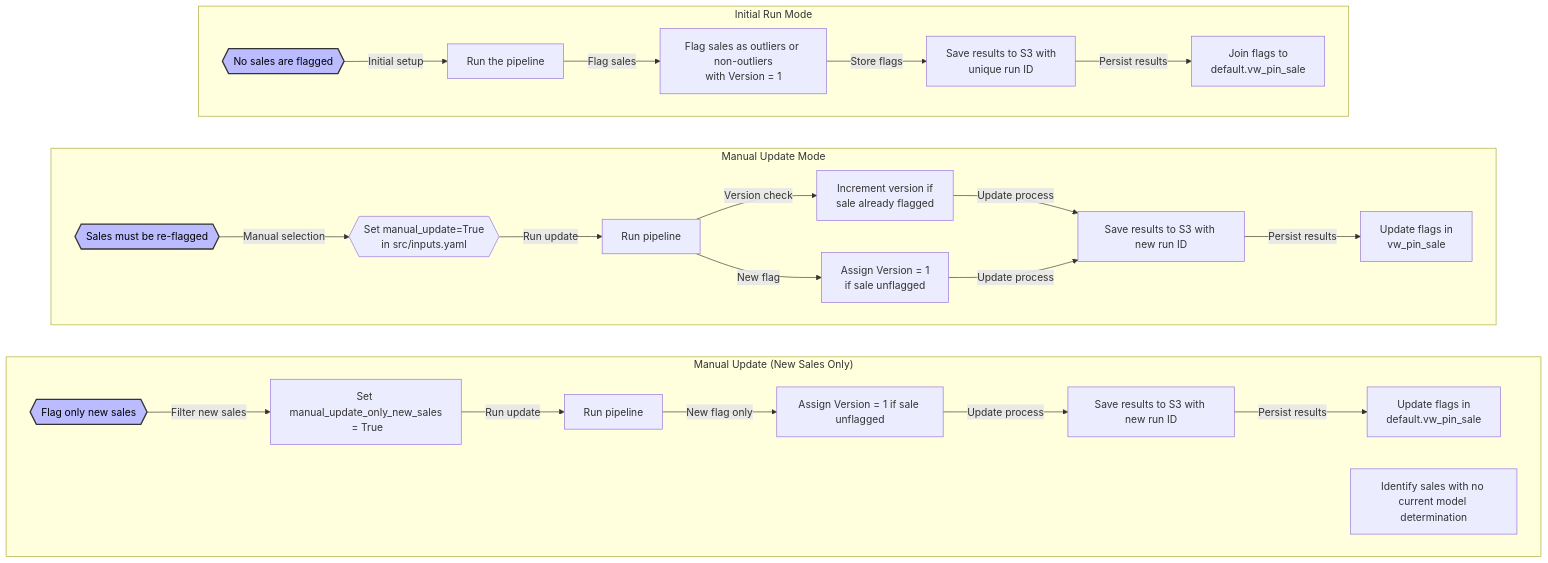
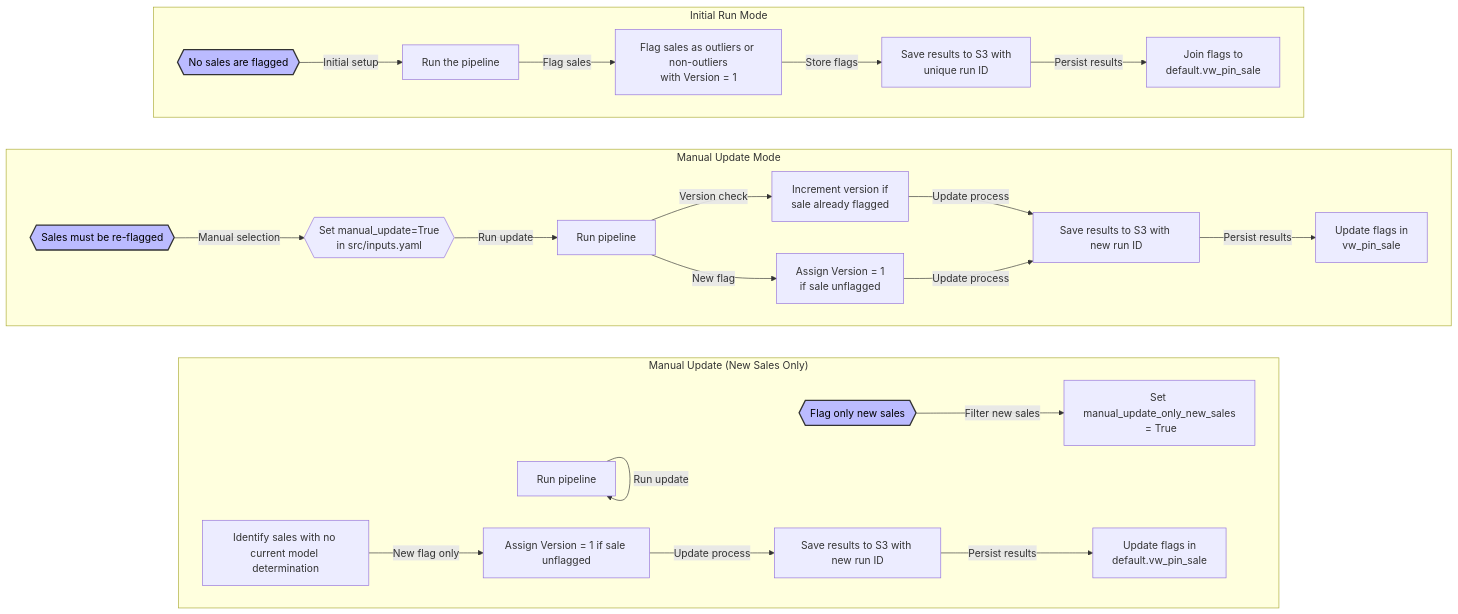
The first of 2 diagrams in README.md (ccao-data/model-sales-val), drawn with Mermaid before and after one commit.

Commit message:
Adjust mapping

````diff
--- a/README.md
+++ b/README.md
@@ -93,59 +93,59 @@
 ```mermaid
 graph TB
     subgraph initial["Initial Run Mode"]
         direction LR
         A1{{"No sales are flagged"}}
         B1[Run the pipeline]
         C1[Flag sales as outliers or non-outliers<br>with Version = 1]
         D1[Save results to S3 with <br>unique run ID]
         E1[Join flags to<br>default.vw_pin_sale]
 
         A1 -->|Initial setup| B1
         B1 -->|Flag sales| C1
         C1 -->|Store flags| D1
         D1 -->|Persist results| E1
     end
 
     subgraph manual["Manual Update Mode"]
         direction LR
         A3{{"Sales must be re-flagged"}}
         B3{{"Set manual_update=True<br> in src/inputs.yaml"}}
         C3[Run pipeline]
         D3[Increment version if <br>sale already flagged]
         E3[Assign Version = 1 <br>if sale unflagged]
         F3[Save results to S3 with new run ID]
         G3[Update flags in <br>vw_pin_sale]
 
         A3 -->|Manual selection| B3
         B3 -->|Run update| C3
         C3 -->|Version check| D3
         D3 -->|Update process| F3
         C3 -->|New flag| E3
         E3 -->|Update process| F3
         F3 -->|Persist results| G3
     end
 
     subgraph new_only["Manual Update (New Sales Only)"]
         direction LR
         A4{{"Flag only new sales"}}
         B4[Set manual_update_only_new_sales<br> = True]
         C4[Run pipeline]
         D4[Identify sales with no current model determination]
         E4[Assign Version = 1 if sale unflagged]
         F4[Save results to S3 with new run ID]
         G4[Update flags in <br>default.vw_pin_sale]
 
         A4 -->|Filter new sales| B4
-        B4 -->|Run update| C4
-        C4 -->|New flag only| E4
+        C4 -->|Run update| C4
+        D4 -->|New flag only| E4
         E4 -->|Update process| F4
         F4 -->|Persist results| G4
     end
 
     initial ~~~ manual
     manual ~~~ new_only
 
     style A1 fill:#bbf,stroke:#333,stroke-width:2px,color:#000
     style A3 fill:#bbf,stroke:#333,stroke-width:2px,color:#000
     style A4 fill:#bbf,stroke:#333,stroke-width:2px,color:#000
 ```
````
